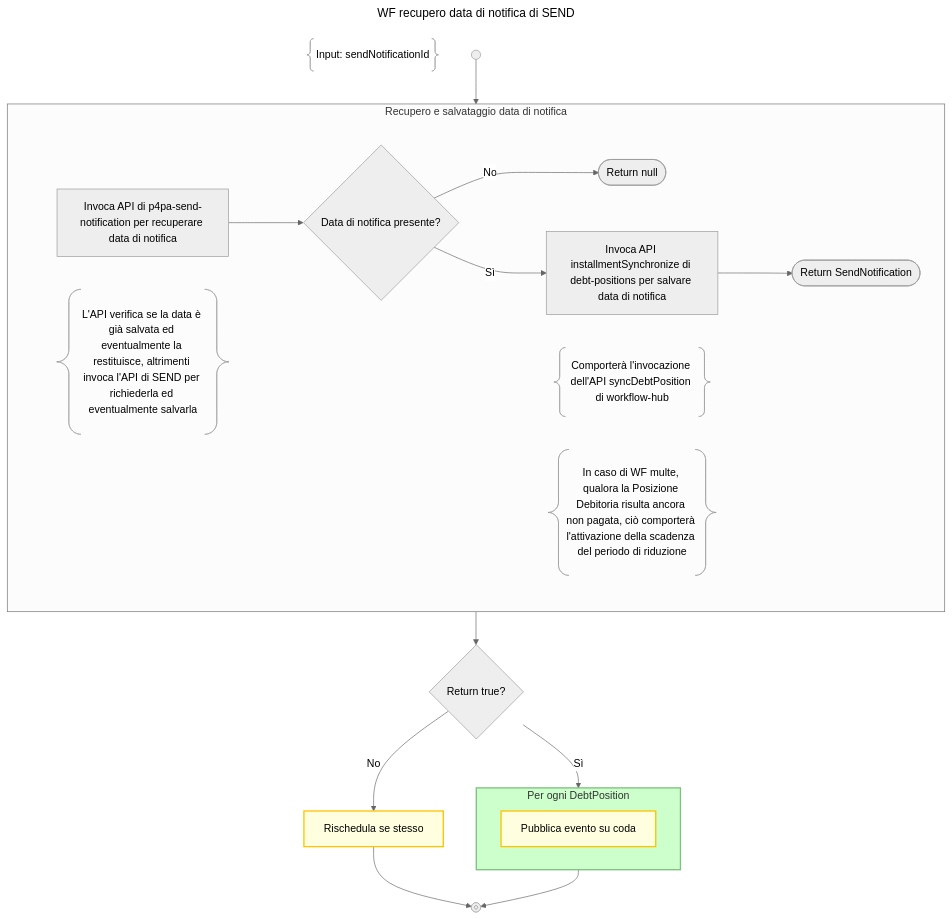
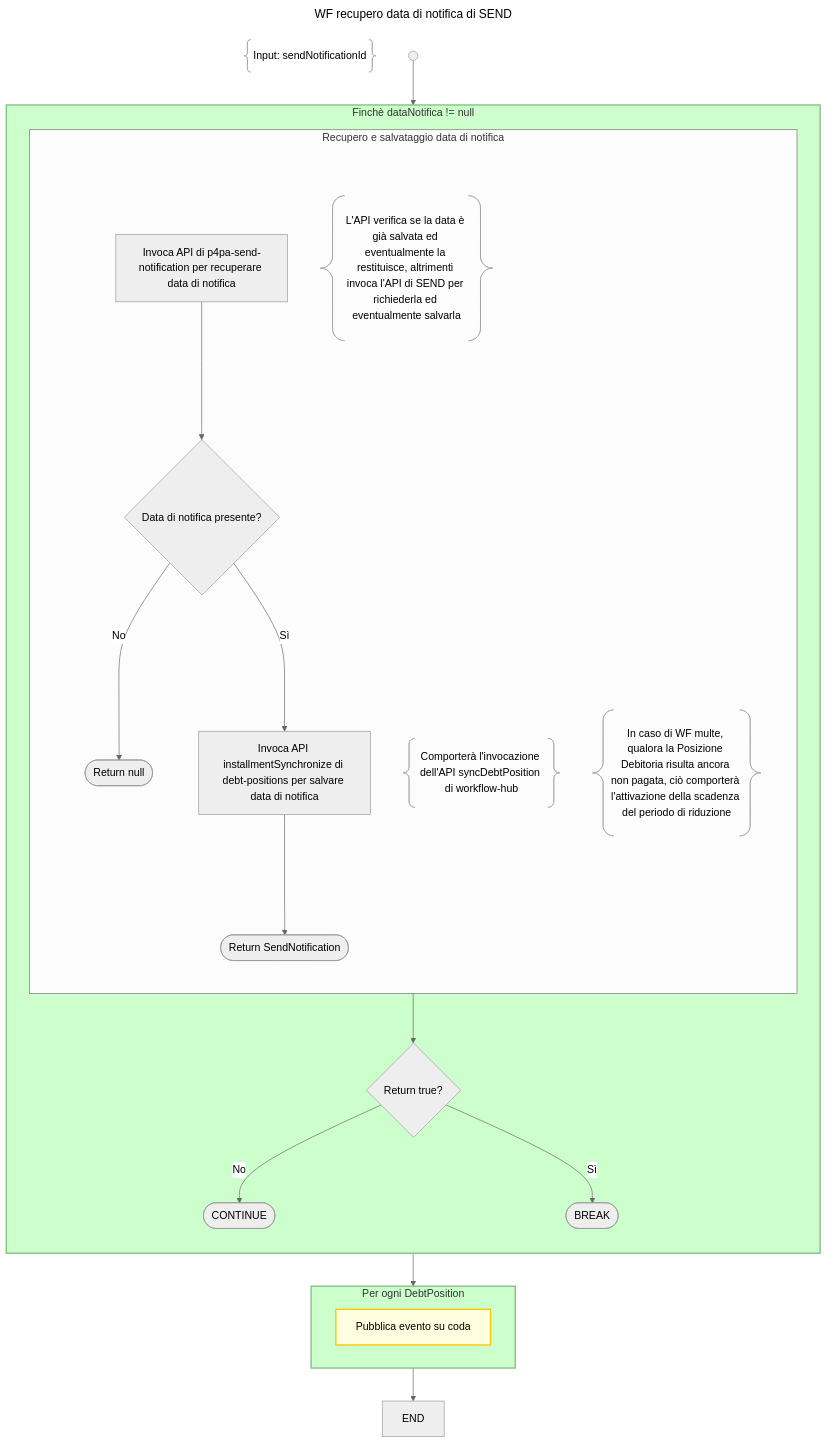
The diagram in design/workflow/notificaSend/wf_NotificationDateRetrieve.mmd (pagopa/p4pa-doc), drawn with Mermaid (neutral theme) before and after one commit. The commit also changed 2 other files, not shown here.

Commit message:
fix: mermaid theme

```diff
--- a/design/workflow/notificaSend/wf_NotificationDateRetrieve.mmd
+++ b/design/workflow/notificaSend/wf_NotificationDateRetrieve.mmd
@@ -1,48 +1,55 @@
 ---
 title: WF recupero data di notifica di SEND
 ---
 flowchart TD
     DESCRIPTION@{ shape: braces, label: "Input: sendNotificationId" }
     START@{shape: start} -->
-    RETRIEVE_NOTIFICATION_DATE_ACTIVITY -->
-    IS_SUCCESS{"Return true?"} -->
-    |No|RESCHEDULE_WF:::activity@{label: "Rischedula se stesso"} -->
-    END@{shape: stop}
-
-    IS_SUCCESS -->
-    |Sì|PUBLISH_EVENT_LOOP -->
+    LOOP -->
+    PUBLISH_EVENT_LOOP -->
     END
 
     subgraph PUBLISH_EVENT_LOOP["Per ogni DebtPosition"]
         PUBLISH_EVENT:::activity@{label: "Pubblica evento su coda"}
     end
     class PUBLISH_EVENT_LOOP loop
 
-    subgraph RETRIEVE_NOTIFICATION_DATE_ACTIVITY["Recupero e salvataggio data di notifica"]
-        RETRIEVE_NOTIFICATION_DATE["Invoca API di p4pa-send-notification per recuperare data di notifica"] -->
-        IS_NOTIFIED{"Data di notifica presente?"} -->
-        |No|RETURN_KO@{shape: terminal, label: "Return null"}
+    subgraph LOOP["Finchè dataNotifica != null"]
+    direction TB
+        RETRIEVE_NOTIFICATION_DATE_ACTIVITY -->
+        IS_SUCCESS{"Return true?"} -->
+        |No|CONTINUE@{shape: terminal}
 
-        subgraph SAVE_NOTIFICATION_DATE_NOTE_BLOCK
-            SAVE_NOTIFICATION_DATE
-            SAVE_NOTIFICATION_DATE_NOTE@{shape: braces, label: "Comporterà l'invocazione dell'API syncDebtPosition di workflow-hub"}
-            SAVE_NOTIFICATION_DATE_NOTE_2@{shape: braces, label: "In caso di WF multe, qualora la Posizione Debitoria risulta ancora non pagata, ciò comporterà l'attivazione della scadenza del periodo di riduzione"}
+        IS_SUCCESS -->
+        |Sì|BREAK@{shape: terminal}
+
+        subgraph RETRIEVE_NOTIFICATION_DATE_ACTIVITY["Recupero e salvataggio data di notifica"]
+        direction TB
+            RETRIEVE_NOTIFICATION_DATE["Invoca API di p4pa-send-notification per recuperare data di notifica"] -->
+            IS_NOTIFIED{"Data di notifica presente?"} -->
+            |No|RETURN_KO@{shape: terminal, label: "Return null"}
+
+            subgraph SAVE_NOTIFICATION_DATE_NOTE_BLOCK
+                SAVE_NOTIFICATION_DATE
+                SAVE_NOTIFICATION_DATE_NOTE@{shape: braces, label: "Comporterà l'invocazione dell'API syncDebtPosition di workflow-hub"}
+                SAVE_NOTIFICATION_DATE_NOTE_2@{shape: braces, label: "In caso di WF multe, qualora la Posizione Debitoria risulta ancora non pagata, ciò comporterà l'attivazione della scadenza del periodo di riduzione"}
+            end
+            class SAVE_NOTIFICATION_DATE_NOTE_BLOCK disable
+
+            IS_NOTIFIED -->
+            |Sì|SAVE_NOTIFICATION_DATE["Invoca API installmentSynchronize di debt-positions per salvare data di notifica"] -->
+            RETURN_OK@{shape: terminal, label: "Return SendNotification"}
+
+            subgraph RETRIEVE_NOTIFICATION_DATE_NOTE_BLOCK
+                RETRIEVE_NOTIFICATION_DATE
+                RETRIEVE_NOTIFICATION_DATE_NOTE@{shape: braces, label: "L'API verifica se la data è già salvata ed eventualmente la restituisce, altrimenti invoca l'API di SEND per richiederla ed eventualmente salvarla"}
+            end
+            class RETRIEVE_NOTIFICATION_DATE_NOTE_BLOCK disable
         end
-        class SAVE_NOTIFICATION_DATE_NOTE_BLOCK disable
-
-        IS_NOTIFIED -->
-        |Sì|SAVE_NOTIFICATION_DATE["Invoca API installmentSynchronize di debt-positions per salvare data di notifica"] -->
-        RETURN_OK@{shape: terminal, label: "Return SendNotification"}
-
-        subgraph RETRIEVE_NOTIFICATION_DATE_NOTE_BLOCK
-            RETRIEVE_NOTIFICATION_DATE
-            RETRIEVE_NOTIFICATION_DATE_NOTE@{shape: braces, label: "L'API verifica se la data è già salvata ed eventualmente la restituisce, altrimenti invoca l'API di SEND per richiederla ed eventualmente salvarla"}
-        end
-        class RETRIEVE_NOTIFICATION_DATE_NOTE_BLOCK disable
+        class NOTIFICATION_DATE_RETRIEVE activity
     end
-    class NOTIFICATION_DATE_RETRIEVE activity
+    class LOOP loop
 
 
     classDef disable display:none;
     classDef activity fill:#FFFFE0, stroke:#ffc300, stroke-width:2px;
     classDef loop fill:#CCFFCC, stroke:#7FBF7F, stroke-width:2px, padding-bottom: 5px;
```
